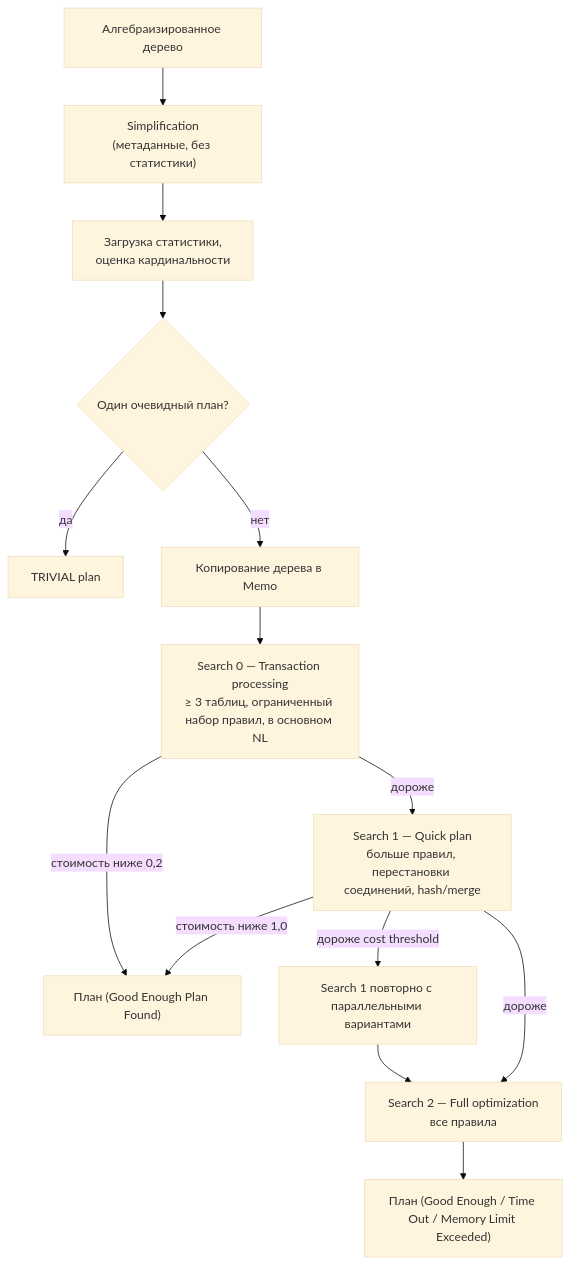
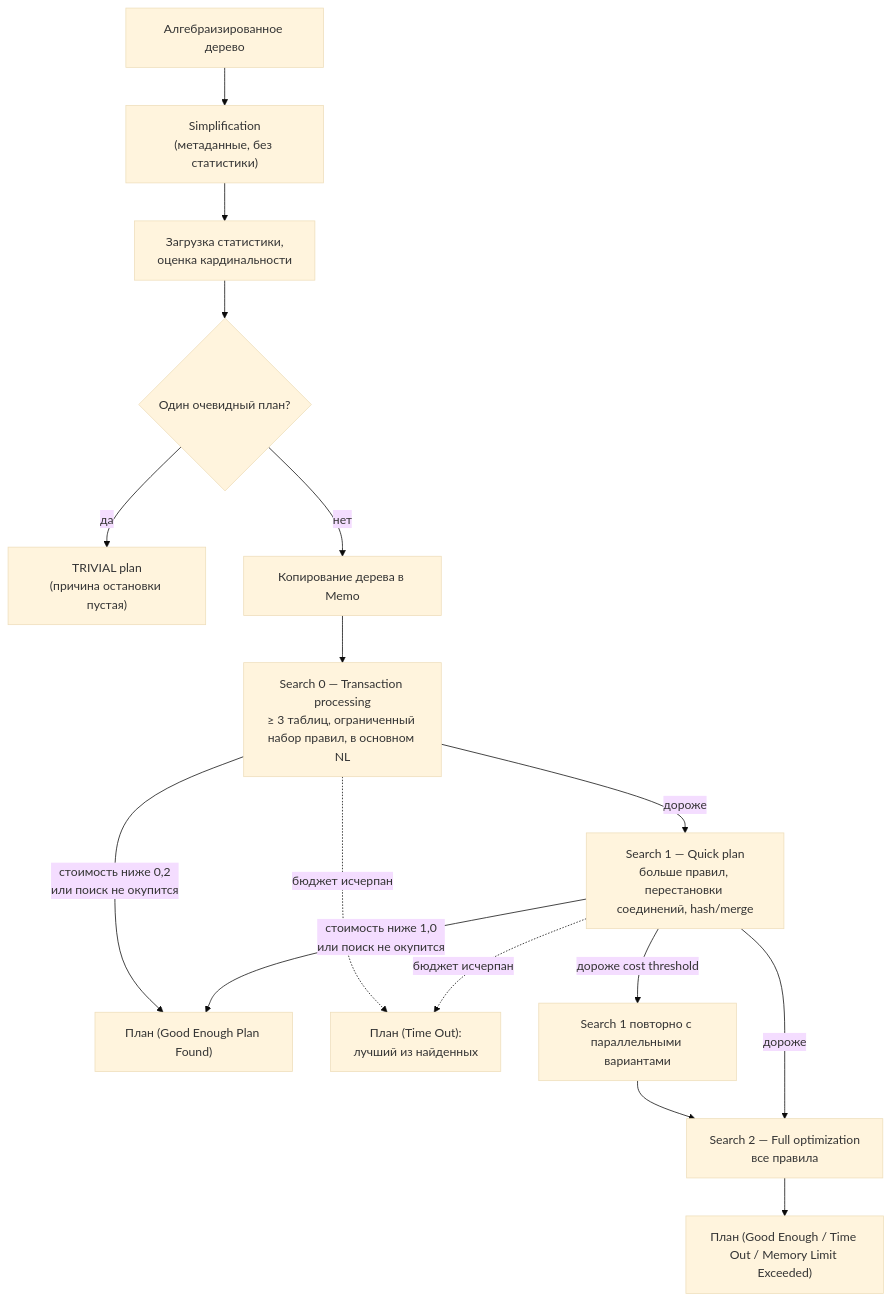
One commit to shultzMAN87/sql-optimization-handbook changed the second of 8 diagrams in docs/03-optimizer.md. Above: the diagram before and after it, drawn with Mermaid (base theme). The commit also changed other lines of this file and 8 other files, not shown here.

````diff
--- a/docs/03-optimizer.md
+++ b/docs/03-optimizer.md
@@ -318,16 +270,18 @@
 ```mermaid
 flowchart TD
     A["Алгебраизированное дерево"] --> S["Simplification<br/>(метаданные, без статистики)"]
     S --> L["Загрузка статистики,<br/>оценка кардинальности"]
     L --> T{"Один очевидный план?"}
-    T -- да --> TP["TRIVIAL plan"]
+    T -- да --> TP["TRIVIAL plan<br/>(причина остановки пустая)"]
     T -- нет --> M["Копирование дерева в Memo"]
     M --> S0["Search 0 — Transaction processing<br/>≥ 3 таблиц, ограниченный набор правил, в основном NL"]
-    S0 -- "стоимость ниже 0,2" --> OUT["План (Good Enough Plan Found)"]
+    S0 -- "стоимость ниже 0,2<br/>или поиск не окупится" --> OUT["План (Good Enough Plan Found)"]
+    S0 -. "бюджет исчерпан" .-> TO["План (Time Out):<br/>лучший из найденных"]
     S0 -- дороже --> S1["Search 1 — Quick plan<br/>больше правил, перестановки соединений, hash/merge"]
-    S1 -- "стоимость ниже 1,0" --> OUT
+    S1 -- "стоимость ниже 1,0<br/>или поиск не окупится" --> OUT
+    S1 -. "бюджет исчерпан" .-> TO
     S1 -- "дороже cost threshold" --> S1P["Search 1 повторно с параллельными вариантами"]
     S1P --> S2
     S1 -- дороже --> S2["Search 2 — Full optimization<br/>все правила"]
     S2 --> OUT2["План (Good Enough / Time Out / Memory Limit Exceeded)"]
 ```
````
